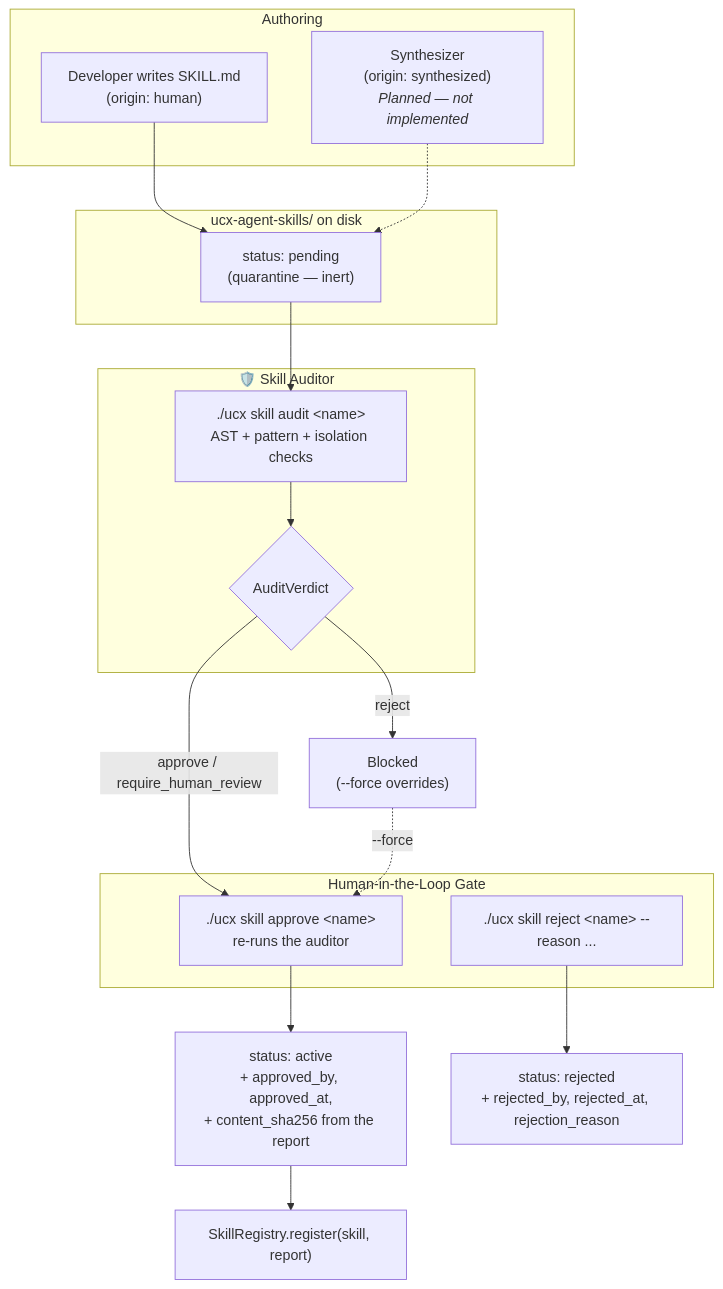
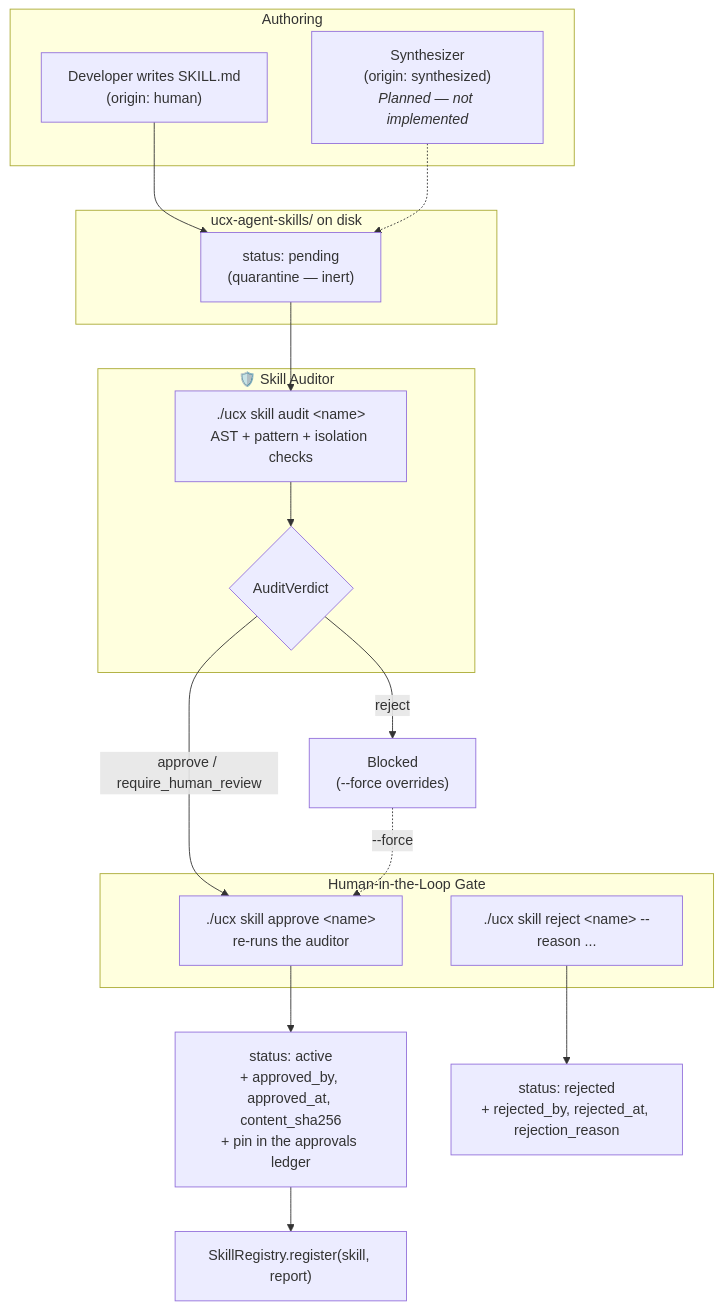
Before and after one commit to UClone-AI/uclone-x: the diagram in docs/skill-system-architecture.md, drawn with Mermaid. The commit also changed other lines of this file and 488 other files, not shown here.

````diff
--- a/docs/skill-system-architecture.md
+++ b/docs/skill-system-architecture.md
@@ -338,32 +347,32 @@
 ```mermaid
 flowchart TD
     subgraph Author["Authoring"]
         Human["Developer writes SKILL.md<br/>(origin: human)"]
         Synth["Synthesizer<br/>(origin: synthesized)<br/><i>Planned — not implemented</i>"]
     end
 
     subgraph Disk["ucx-agent-skills/ on disk"]
         Pending["status: pending<br/>(quarantine — inert)"]
     end
 
     subgraph AuditorBox["🛡️ Skill Auditor"]
         Audit["./ucx skill audit &lt;name&gt;<br/>AST + pattern + isolation checks"]
         Verdict{"AuditVerdict"}
     end
 
     subgraph Gate["Human-in-the-Loop Gate"]
         Approve["./ucx skill approve &lt;name&gt;<br/>re-runs the auditor"]
         Reject["./ucx skill reject &lt;name&gt; --reason ..."]
     end
 
     Human --> Pending
     Synth -.-> Pending
     Pending --> Audit
     Audit --> Verdict
     Verdict -->|approve / require_human_review| Approve
     Verdict -->|reject| Blocked["Blocked<br/>(--force overrides)"]
     Blocked -.->|"--force"| Approve
-    Approve --> Active["status: active<br/>+ approved_by, approved_at,<br/>+ content_sha256 from the report"]
+    Approve --> Active["status: active<br/>+ approved_by, approved_at, content_sha256<br/>+ pin in the approvals ledger"]
     Reject --> Rejected["status: rejected<br/>+ rejected_by, rejected_at, rejection_reason"]
     Active --> Registry["SkillRegistry.register(skill, report)"]
 ```
````
